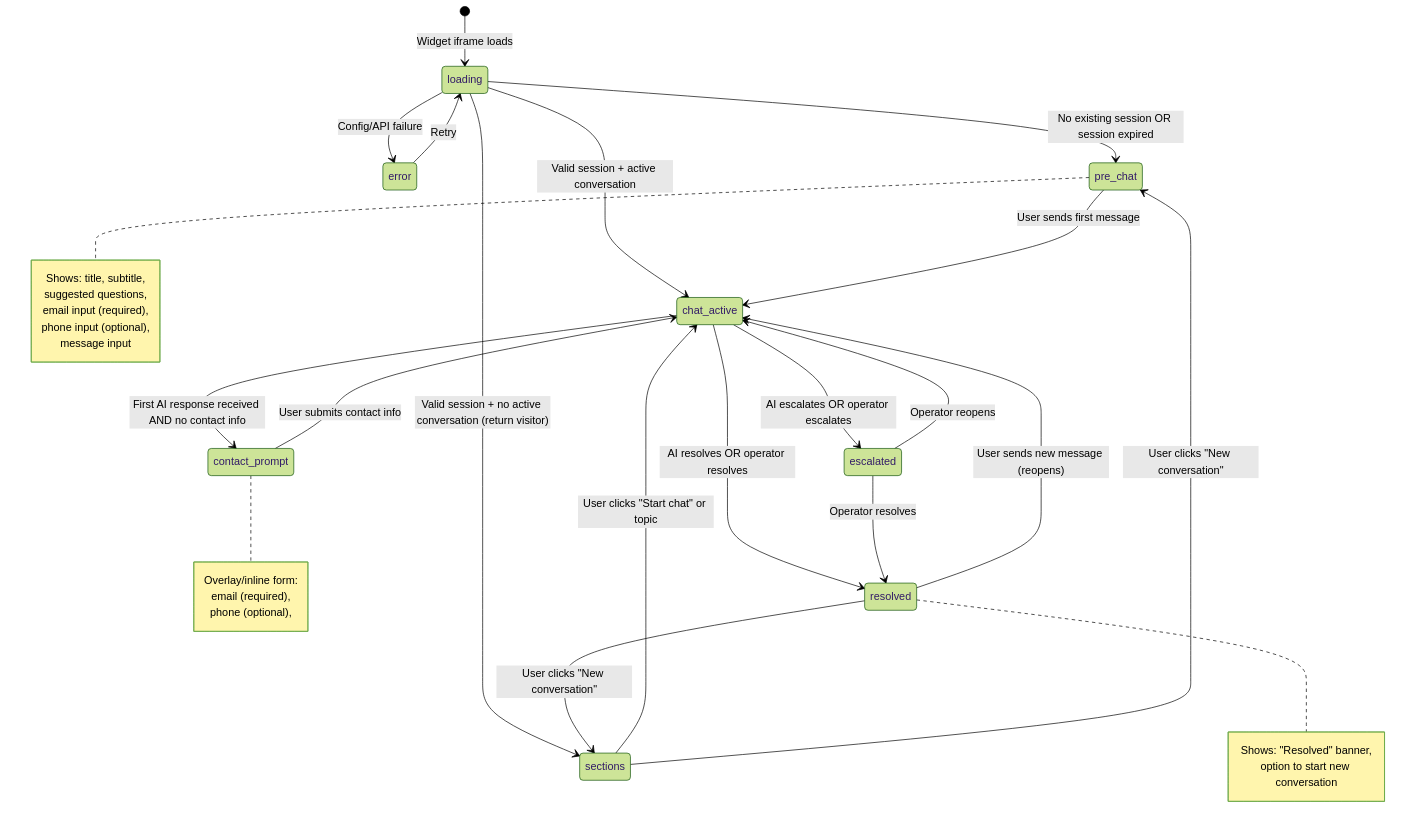
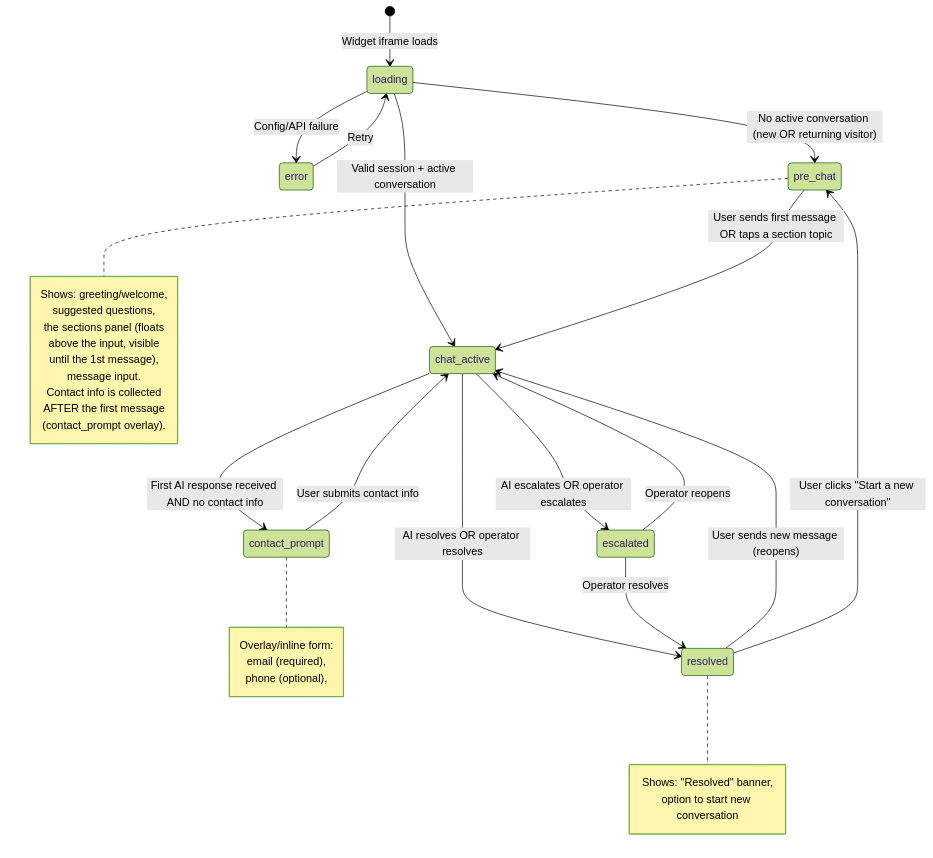
The first of 2 diagrams in __specs/09-widget-state-machine.md (kidane-gebremedhin/resolve-ai), drawn with Mermaid (forest theme) before and after one commit. The commit also changed other lines of this file and 5 other files, not shown here.

Commit message:
Sections appearance before first message

````diff
--- a/__specs/09-widget-state-machine.md
+++ b/__specs/09-widget-state-machine.md
@@ -11,48 +11,48 @@
 ```mermaid
 stateDiagram-v2
     [*] --> loading: Widget iframe loads
     
     loading --> error: Config/API failure
-    loading --> pre_chat: No existing session OR session expired
+    loading --> pre_chat: No active conversation (new OR returning visitor)
     loading --> chat_active: Valid session + active conversation
-    loading --> sections: Valid session + no active conversation (return visitor)
     
-    pre_chat --> chat_active: User sends first message
-    
-    sections --> chat_active: User clicks "Start chat" or topic
-    sections --> pre_chat: User clicks "New conversation"
+    pre_chat --> chat_active: User sends first message OR taps a section topic
     
     chat_active --> contact_prompt: First AI response received AND no contact info
     
     contact_prompt --> chat_active: User submits contact info
     
     chat_active --> resolved: AI resolves OR operator resolves
     chat_active --> escalated: AI escalates OR operator escalates
     
     escalated --> chat_active: Operator reopens
     escalated --> resolved: Operator resolves
     
     resolved --> chat_active: User sends new message (reopens)
-    resolved --> sections: User clicks "New conversation"
+    resolved --> pre_chat: User clicks "Start a new conversation"
     
     error --> loading: Retry
     
     note right of pre_chat
-        Shows: title, subtitle,
+        Shows: greeting/welcome,
         suggested questions,
-        email input (required),
-        phone input (optional),
-        message input
+        the sections panel (floats
+        above the input, visible
+        until the 1st message),
+        message input.
+        Contact info is collected
+        AFTER the first message
+        (contact_prompt overlay).
     end note
     
     note right of contact_prompt
         Overlay/inline form:
         email (required),
         phone (optional),
     end note
     
     note right of resolved
         Shows: "Resolved" banner,
         option to start new conversation
     end note
 ```
````
